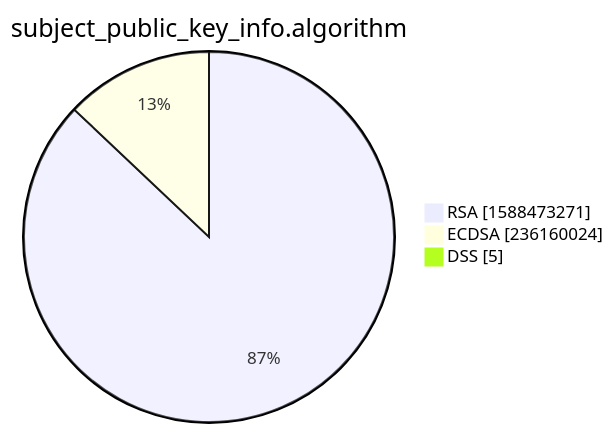
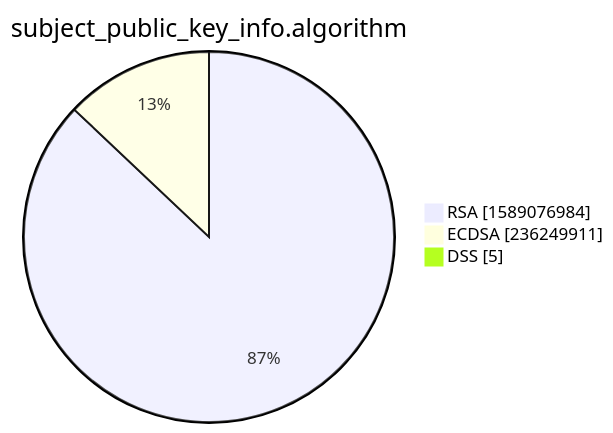
Before and after one commit to christiankrug/ctmonitor_visualization: the third of 15 diagrams in xenon2022/README.md, drawn with Mermaid. The commit also changed other lines of this file, not shown here.

````diff
--- a/xenon2022/README.md
+++ b/xenon2022/README.md
@@ -14,7 +14,7 @@
 ```mermaid
 pie showData
 title subject_public_key_info.algorithm
-"RSA" :1588473271
-"ECDSA" :236160024
+"RSA" :1589076984
+"ECDSA" :236249911
 "DSS" :5
 ```
````
